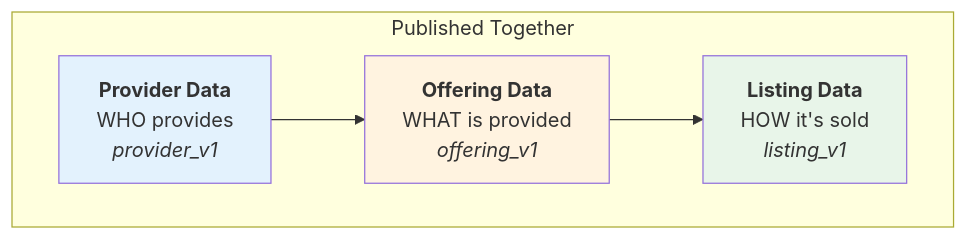
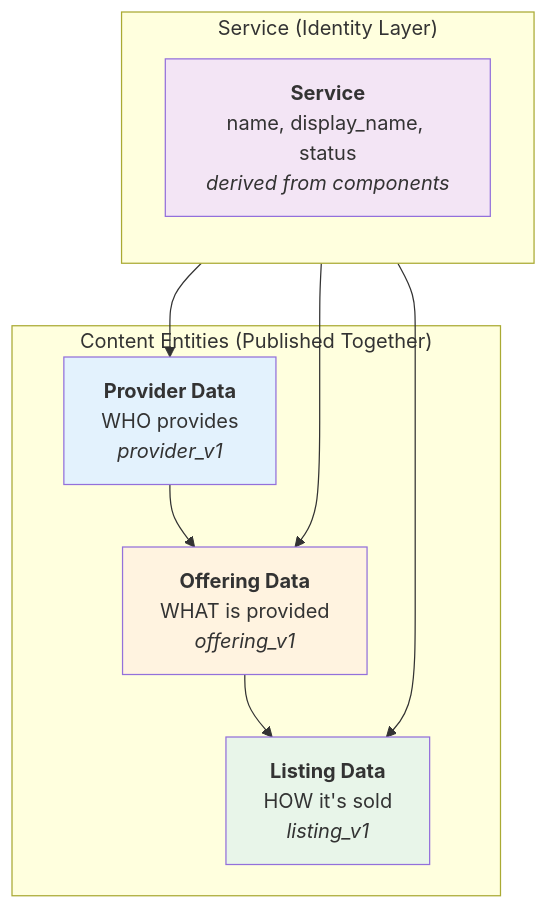
Before and after one commit to unitysvc/unitysvc-services: the diagram in README.md, drawn with Mermaid. The commit also changed other lines of this file and 9 other files, not shown here.

````diff
--- a/README.md
+++ b/README.md
@@ -57,14 +57,21 @@
 ```mermaid
 flowchart TB
-    subgraph Service["Published Together"]
+    subgraph Service["Service (Identity Layer)"]
+        direction TB
+        S["<b>Service</b><br/>name, display_name, status<br/><i>derived from components</i>"]
+    end
+
+    subgraph Content["Content Entities (Published Together)"]
         P["<b>Provider Data</b><br/>WHO provides<br/><i>provider_v1</i>"]
         O["<b>Offering Data</b><br/>WHAT is provided<br/><i>offering_v1</i>"]
         L["<b>Listing Data</b><br/>HOW it's sold<br/><i>listing_v1</i>"]
     end
 
+    S --> P & O & L
     P --> O --> L
 
+    style S fill:#f3e5f5
     style P fill:#e3f2fd
     style O fill:#fff3e0
     style L fill:#e8f5e9
 ```
````
